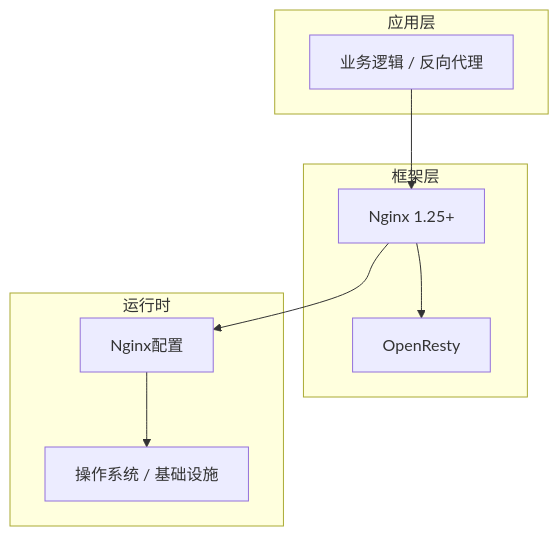
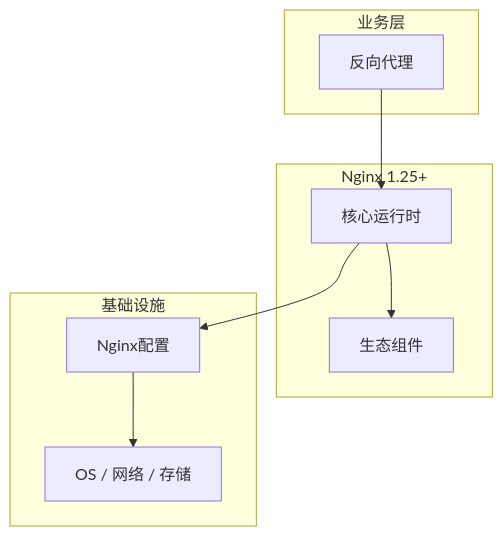
One commit to yanggan2015/knowledge-json-v2 changed the diagram in articles/Nginx/chapters/025-反向代理核心概念与原理.md. Above: the diagram before and after it, drawn with Mermaid. The commit also changed other lines of this file and 10127 other files, not shown here.

````diff
--- a/articles/Nginx/chapters/025-反向代理核心概念与原理.md
+++ b/articles/Nginx/chapters/025-反向代理核心概念与原理.md
@@ -45,18 +30,18 @@
 ```mermaid
 graph TB
-    subgraph 应用层
-        A[业务逻辑 / 反向代理]
+    subgraph 业务层
+        A[反向代理]
     end
-    subgraph 框架层
-        B[Nginx 1.25+]
-        C[OpenResty]
+    subgraph Nginx 1.25+
+        B[核心运行时]
+        C[生态组件]
     end
-    subgraph 运行时
+    subgraph 基础设施
         D[Nginx配置]
-        E[操作系统 / 基础设施]
+        E[OS / 网络 / 存储]
     end
     A --> B
     B --> C
     B --> D
     D --> E
 ```
````
